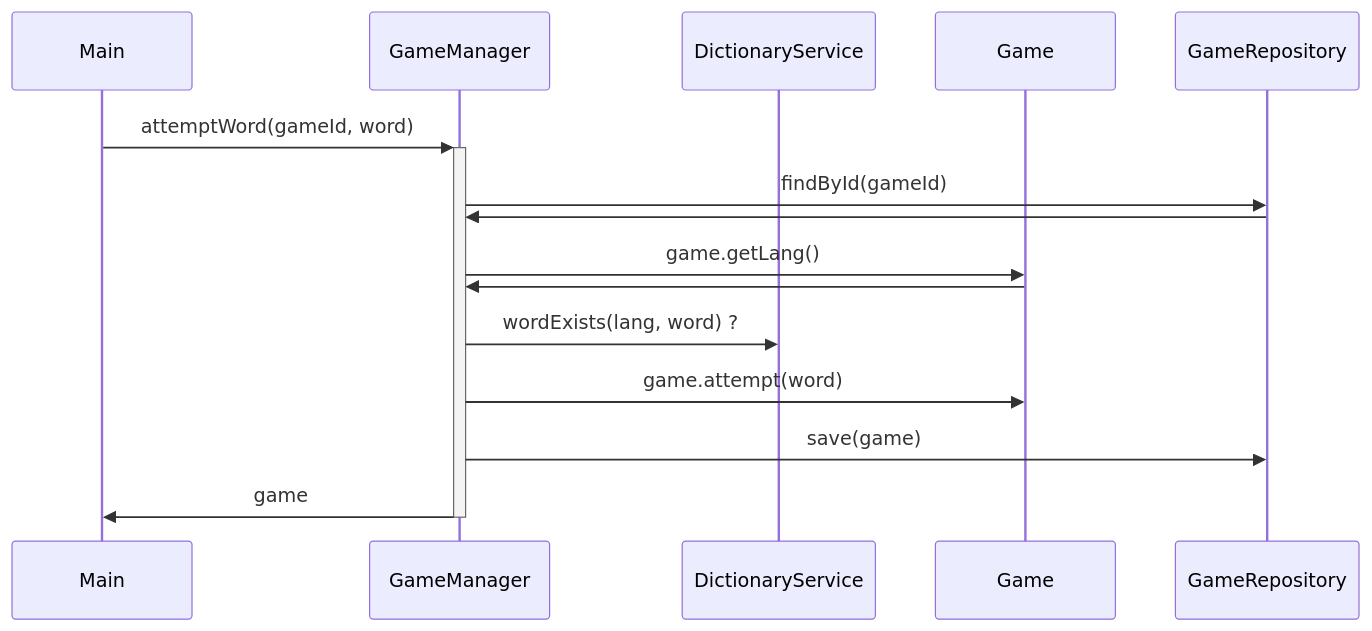
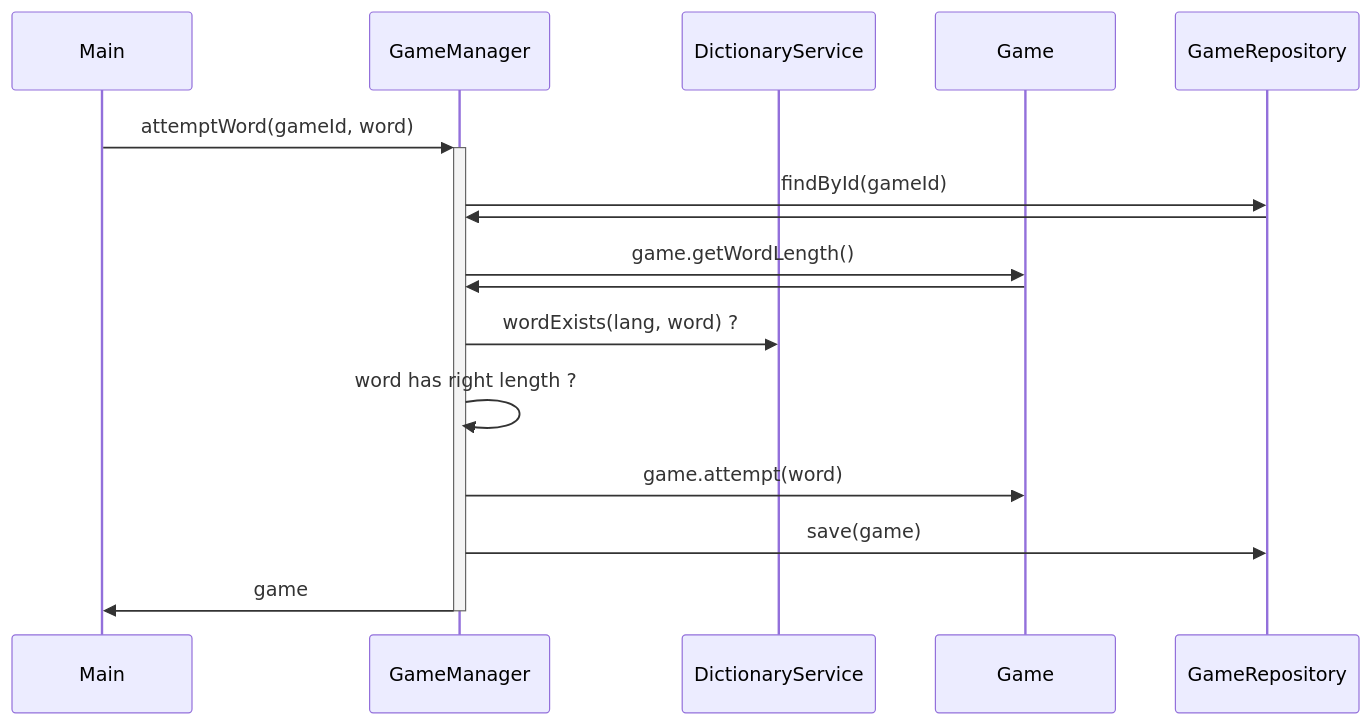
Before and after one commit to MaximeLorin/Z-aca-wordle-max: the second of 4 diagrams in CONCEPTION.md, drawn with Mermaid. The commit also changed other lines of this file and 1 other file, not shown here.

````diff
--- a/CONCEPTION.md
+++ b/CONCEPTION.md
@@ -20,17 +20,18 @@
 ```mermaid
 sequenceDiagram
     participant M as Main
     participant GM as GameManager
     participant DS as DictionaryService
     participant G as Game
     participant GR as GameRepository
     M->>+GM: attemptWord(gameId, word)
     GM->>GR: findById(gameId)
     GR->>GM: 
-    GM->>G: game.getLang()
+    GM->>G: game.getWordLength()
     G->>GM: 
     GM->>DS: wordExists(lang, word) ?
+    GM->>GM: word has right length ?
     GM->>G: game.attempt(word)
     GM->>GR: save(game)
     GM->>-M: game
 ```
````
